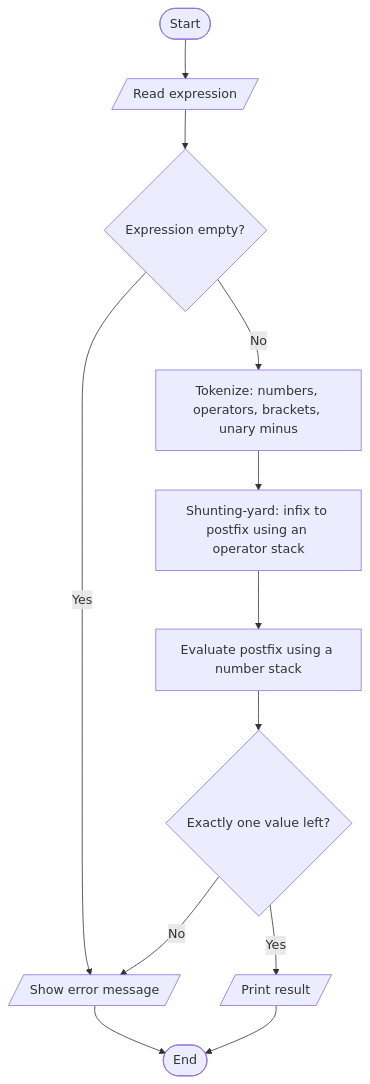
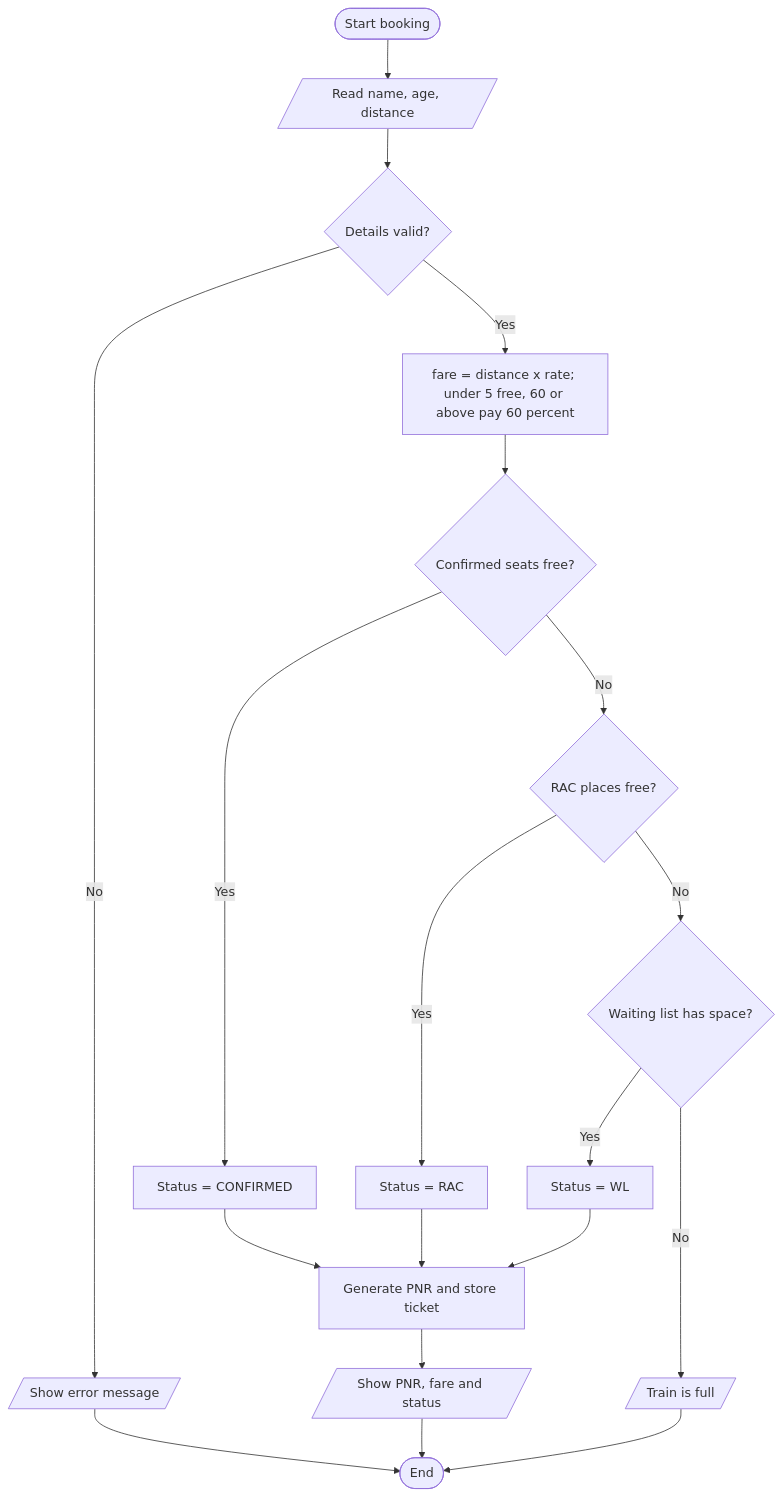
The first of 2 diagrams in README.md (AtlaSwathi29/2026_27_CSE4-221_python_programming), drawn with Mermaid before and after one commit. The commit also changed other lines of this file and 5 other files, not shown here.

````diff
--- a/README.md
+++ b/README.md
@@ -64,14 +63,21 @@
 ```mermaid
 flowchart TD
-    A(["Start"]) --> B[/"Read expression"/]
-    B --> C{"Expression empty?"}
-    C -- Yes --> ERR[/"Show error message"/]
-    C -- No --> D["Tokenize: numbers, operators, brackets, unary minus"]
-    D --> E["Shunting-yard: infix to postfix using an operator stack"]
-    E --> F["Evaluate postfix using a number stack"]
-    F --> G{"Exactly one value left?"}
-    G -- No --> ERR
-    G -- Yes --> H[/"Print result"/]
-    H --> Z(["End"])
+    A(["Start booking"]) --> B[/"Read name, age, distance"/]
+    B --> C{"Details valid?"}
+    C -- No --> ERR[/"Show error message"/]
+    C -- Yes --> D["fare = distance x rate; under 5 free, 60 or above pay 60 percent"]
+    D --> E{"Confirmed seats free?"}
+    E -- Yes --> S1["Status = CONFIRMED"]
+    E -- No --> F{"RAC places free?"}
+    F -- Yes --> S2["Status = RAC"]
+    F -- No --> G{"Waiting list has space?"}
+    G -- Yes --> S3["Status = WL"]
+    G -- No --> ERR2[/"Train is full"/]
+    S1 --> H["Generate PNR and store ticket"]
+    S2 --> H
+    S3 --> H
+    H --> I[/"Show PNR, fare and status"/]
+    I --> Z(["End"])
     ERR --> Z
+    ERR2 --> Z
 ```
````
